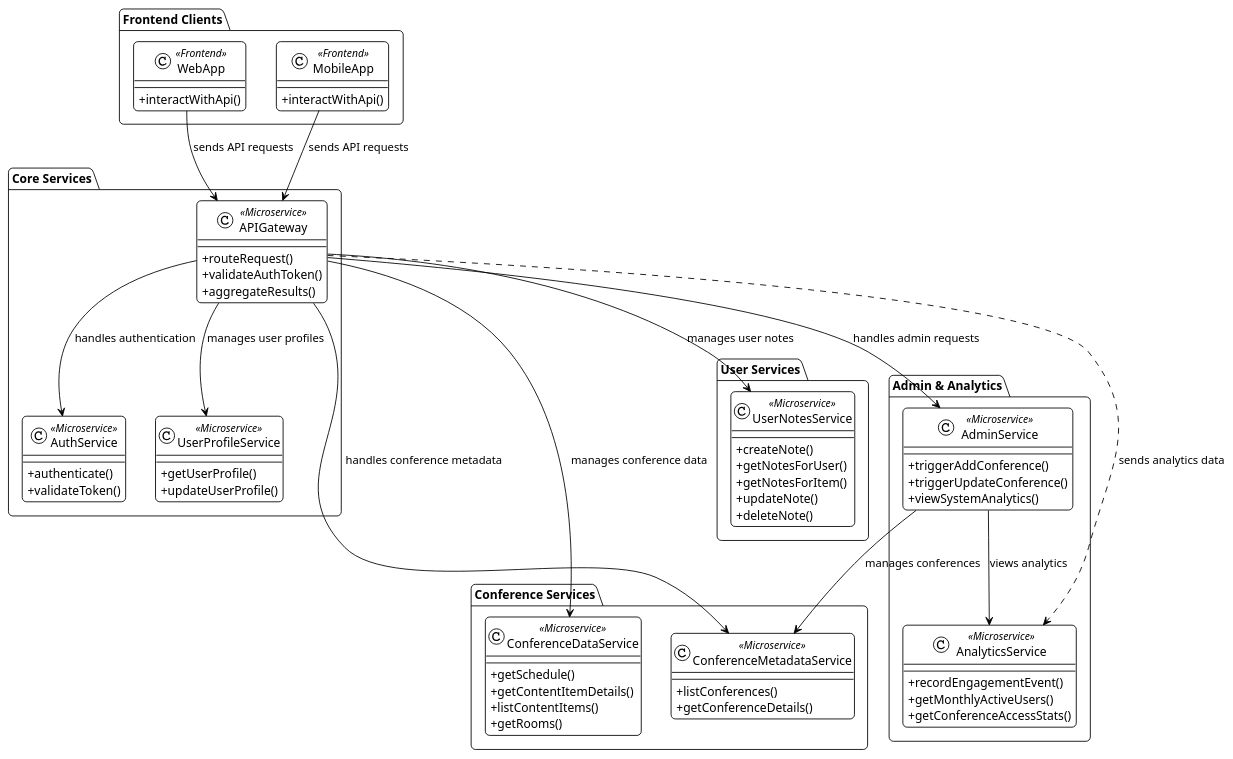
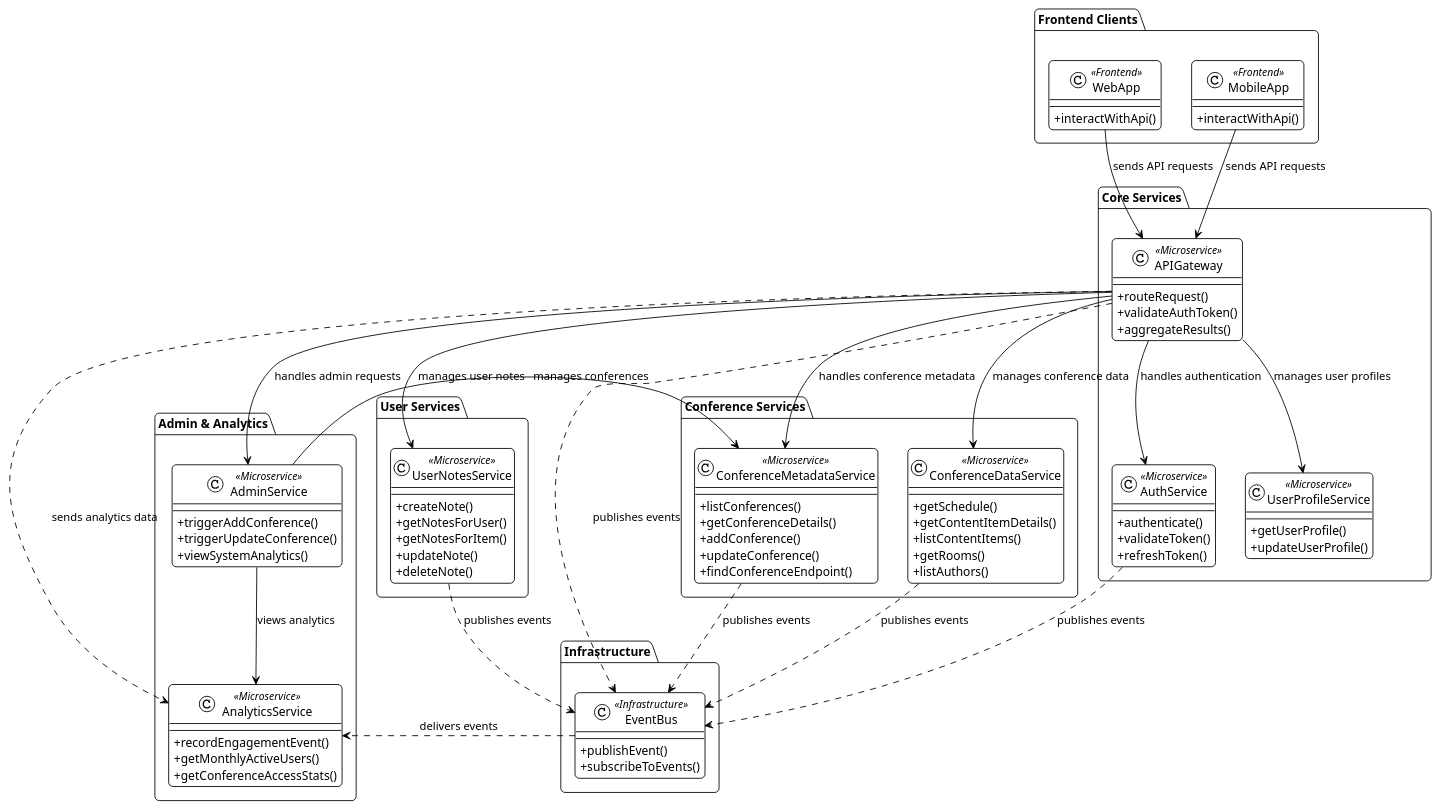
One commit to Guillermode20/softarch2-uni-work changed the diagram in logical/logical_class_diagram.puml. Above: the diagram before and after it, drawn with PlantUML. The commit also changed 7 other files, not shown here.

Commit message:
Enhance logical diagrams by adding new methods to services, introducing an EventBus infrastructure component, and updating participant names for consistency. Removed outdated PNG files.

```diff
--- a/logical/logical_class_diagram.puml
+++ b/logical/logical_class_diagram.puml
@@ -1,100 +1,121 @@
 @startuml
 !theme plain
 skinparam ClassAttributeIconSize 0
 skinparam roundcorner 10
 skinparam sequenceMessageAlign center
 
 ' ===== Frontend Components =====
 package "Frontend Clients" {
     class WebApp <<Frontend>> {
         + interactWithApi()
     }
     class MobileApp <<Frontend>> {
         + interactWithApi()
     }
 }
 
 ' ===== Core Services =====
 package "Core Services" {
     class APIGateway <<Microservice>> {
         + routeRequest()
         + validateAuthToken()
         + aggregateResults()
     }
 
     class AuthService <<Microservice>> {
         + authenticate()
         + validateToken()
+        + refreshToken()
     }
 
     class UserProfileService <<Microservice>> {
         + getUserProfile()
         + updateUserProfile()
     }
 }
 
 ' ===== Conference Services =====
 package "Conference Services" {
     class ConferenceMetadataService <<Microservice>> {
         + listConferences()
         + getConferenceDetails()
+        + addConference()
+        + updateConference()
+        + findConferenceEndpoint()
     }
 
     class ConferenceDataService <<Microservice>> {
         + getSchedule()
         + getContentItemDetails()
         + listContentItems()
         + getRooms()
+        + listAuthors()
     }
 }
 
 ' ===== User Services =====
 package "User Services" {
     class UserNotesService <<Microservice>> {
         + createNote()
         + getNotesForUser()
         + getNotesForItem()
         + updateNote()
         + deleteNote()
     }
 }
 
 ' ===== Admin & Analytics =====
 package "Admin & Analytics" {
     class AdminService <<Microservice>> {
         + triggerAddConference()
         + triggerUpdateConference()
         + viewSystemAnalytics()
     }
 
     class AnalyticsService <<Microservice>> {
         + recordEngagementEvent()
         + getMonthlyActiveUsers()
         + getConferenceAccessStats()
     }
 }
 
+' ===== Infrastructure =====
+package "Infrastructure" {
+    class EventBus <<Infrastructure>> {
+        + publishEvent()
+        + subscribeToEvents()
+    }
+}
+
 ' ===== Relationships =====
 ' Frontend to Gateway
 WebApp --> APIGateway : sends API requests
 MobileApp --> APIGateway : sends API requests
 
 ' Gateway to Core Services
 APIGateway --> AuthService : handles authentication
 APIGateway --> UserProfileService : manages user profiles
 
 ' Gateway to Conference Services
 APIGateway --> ConferenceMetadataService : handles conference metadata
 APIGateway --> ConferenceDataService : manages conference data
 
 ' Gateway to User Services
 APIGateway --> UserNotesService : manages user notes
 
 ' Gateway to Admin & Analytics
 APIGateway --> AdminService : handles admin requests
 APIGateway ..> AnalyticsService : sends analytics data
 
 ' Admin Service Relationships
 AdminService --> ConferenceMetadataService : manages conferences
 AdminService --> AnalyticsService : views analytics
+
+' Event Bus Relationships
+APIGateway ..> EventBus : publishes events
+AuthService ..> EventBus : publishes events
+ConferenceMetadataService ..> EventBus : publishes events
+ConferenceDataService ..> EventBus : publishes events
+UserNotesService ..> EventBus : publishes events
+EventBus ..> AnalyticsService : delivers events
 @enduml
```
